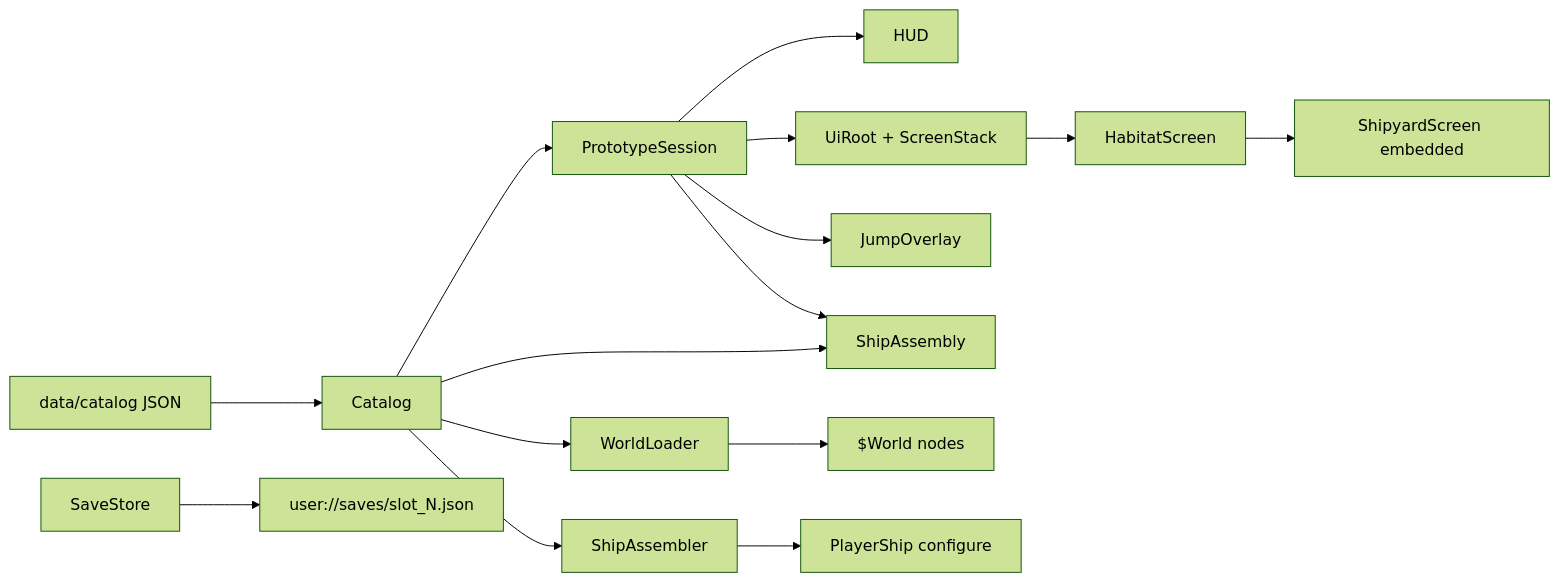
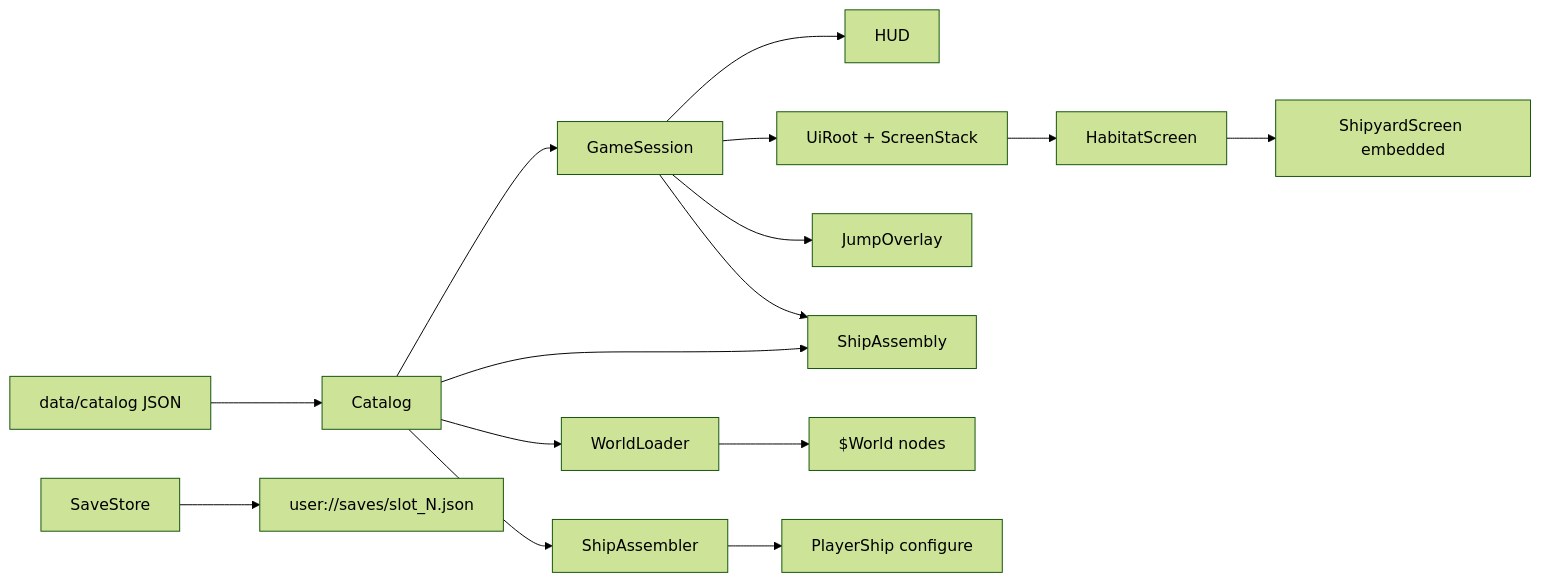
Before and after one commit to alan-mcl/cartel2: the first of 2 diagrams in docs/design/architecture.md, drawn with Mermaid (forest theme). The commit also changed other lines of this file and 33 other files, not shown here.

````diff
--- a/docs/design/architecture.md
+++ b/docs/design/architecture.md
@@ -26,17 +26,17 @@
 ```mermaid
 flowchart LR
   JSON[data/catalog JSON] --> Catalog
-  Catalog --> Session[PrototypeSession]
+  Catalog --> Session[GameSession]
   Catalog --> Assembler[ShipAssembler]
   Catalog --> Loader[WorldLoader]
   Session --> HUD
   Session --> UiRoot[UiRoot + ScreenStack]
   Session --> Jump[JumpOverlay]
   Session --> Assembly[ShipAssembly]
   Catalog --> Assembly
   UiRoot --> Habitat[HabitatScreen]
   Habitat --> Shipyard[ShipyardScreen embedded]
   SaveStore --> UserSaves[user://saves/slot_N.json]
   Loader --> World["$World nodes"]
   Assembler --> PlayerShip[PlayerShip configure]
 ```
````
